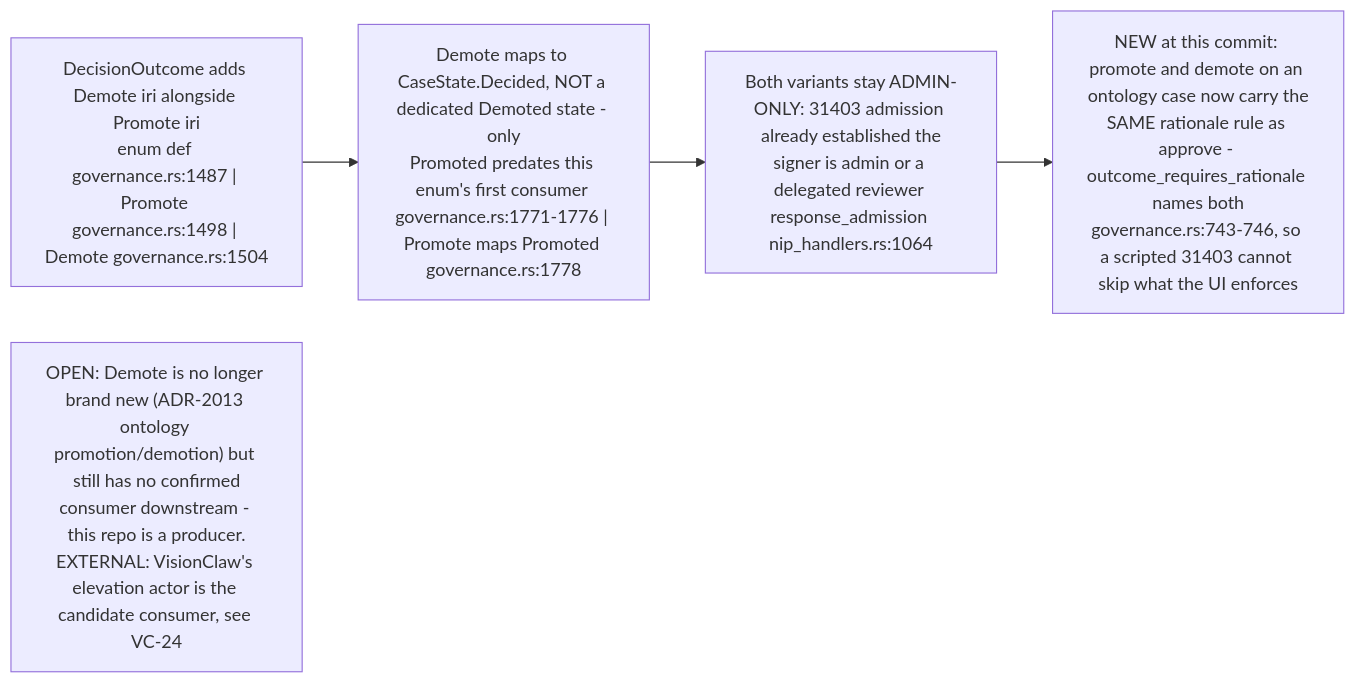
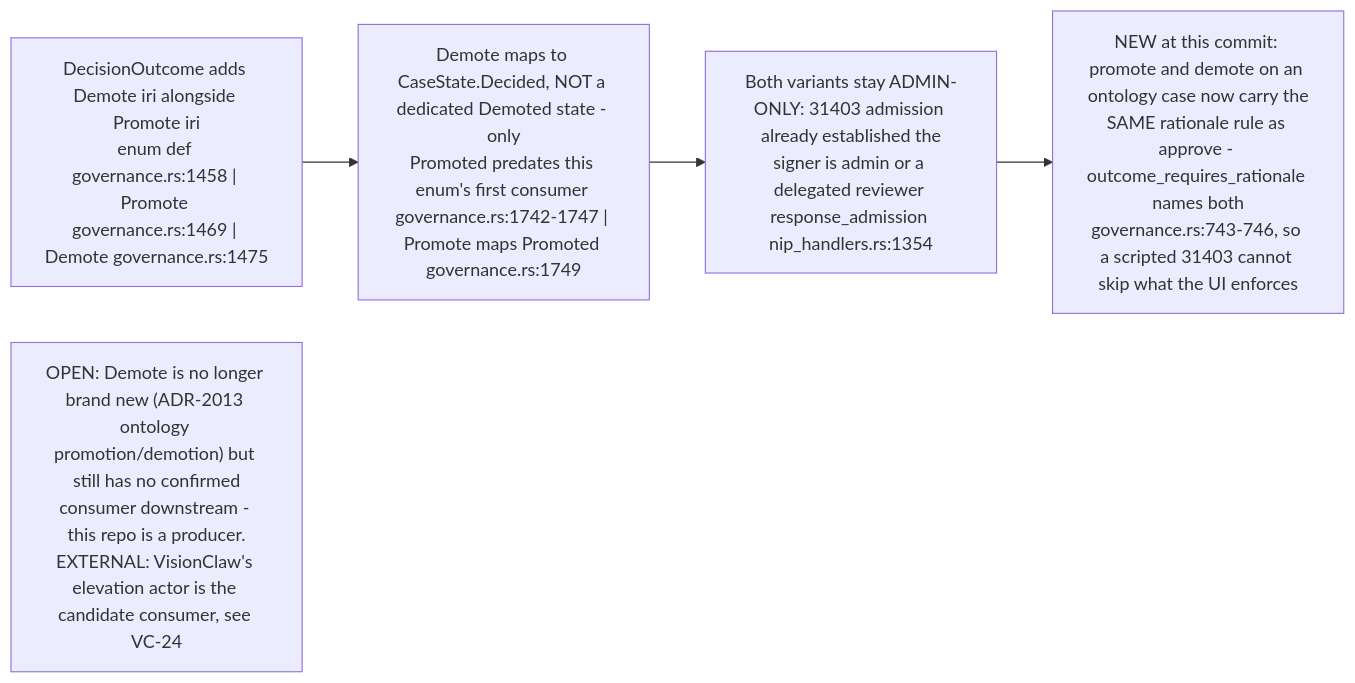
One commit to DreamLab-AI/VisionFlow changed the tenth of 10 diagrams in docs/diagrams/nostr-rust-forum/10-invariants-and-anomaly-register.md. Above: the diagram before and after it, drawn with Mermaid. The commit also changed other lines of this file and 160 other files, not shown here.

````diff
--- a/docs/diagrams/nostr-rust-forum/10-invariants-and-anomaly-register.md
+++ b/docs/diagrams/nostr-rust-forum/10-invariants-and-anomaly-register.md
@@ -213,11 +219,11 @@
 ```mermaid
 flowchart LR
-    ENUM["DecisionOutcome adds Demote iri alongside Promote iri<br/>enum def governance.rs:1487 | Promote governance.rs:1498 | Demote governance.rs:1504"]
-    STATE["Demote maps to CaseState.Decided, NOT a dedicated Demoted state - only<br/>Promoted predates this enum's first consumer governance.rs:1771-1776 | Promote maps Promoted governance.rs:1778"]
-    GATE["Both variants stay ADMIN-ONLY: 31403 admission already established the<br/>signer is admin or a delegated reviewer response_admission nip_handlers.rs:1064"]
+    ENUM["DecisionOutcome adds Demote iri alongside Promote iri<br/>enum def governance.rs:1458 | Promote governance.rs:1469 | Demote governance.rs:1475"]
+    STATE["Demote maps to CaseState.Decided, NOT a dedicated Demoted state - only<br/>Promoted predates this enum's first consumer governance.rs:1742-1747 | Promote maps Promoted governance.rs:1749"]
+    GATE["Both variants stay ADMIN-ONLY: 31403 admission already established the<br/>signer is admin or a delegated reviewer response_admission nip_handlers.rs:1354"]
     RATIONALE["NEW at this commit: promote and demote on an ontology case now carry the<br/>SAME rationale rule as approve - outcome_requires_rationale names both<br/>governance.rs:743-746, so a scripted 31403 cannot skip what the UI enforces"]
 
     ENUM --> STATE --> GATE --> RATIONALE
 
     N1["OPEN: Demote is no longer brand new (ADR-2013 ontology promotion/demotion) but still has no confirmed<br/>consumer downstream - this repo is a producer.<br/>EXTERNAL: VisionClaw's elevation actor is the candidate consumer, see VC-24"]
 ```
````
